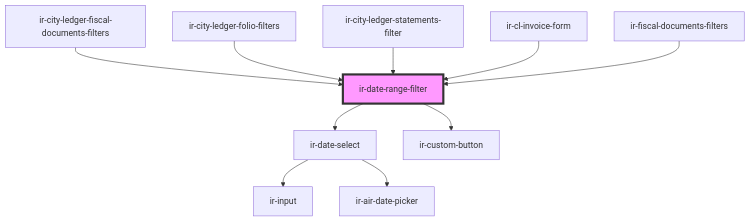
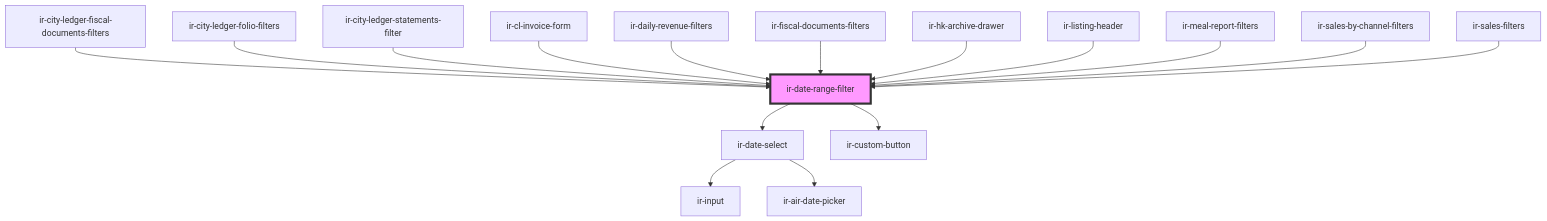
The diagram in src/components/ui/ir-date-range-filter/readme.md (RonyRizk/ir-webcmp), drawn with Mermaid before and after one commit. The commit also changed other lines of this file and 508 other files, not shown here.

````diff
--- a/src/components/ui/ir-date-range-filter/readme.md
+++ b/src/components/ui/ir-date-range-filter/readme.md
@@ -60,13 +91,19 @@
 ```mermaid
 graph TD;
   ir-date-range-filter --> ir-date-select
   ir-date-range-filter --> ir-custom-button
   ir-date-select --> ir-input
   ir-date-select --> ir-air-date-picker
   ir-city-ledger-fiscal-documents-filters --> ir-date-range-filter
   ir-city-ledger-folio-filters --> ir-date-range-filter
   ir-city-ledger-statements-filter --> ir-date-range-filter
   ir-cl-invoice-form --> ir-date-range-filter
+  ir-daily-revenue-filters --> ir-date-range-filter
   ir-fiscal-documents-filters --> ir-date-range-filter
+  ir-hk-archive-drawer --> ir-date-range-filter
+  ir-listing-header --> ir-date-range-filter
+  ir-meal-report-filters --> ir-date-range-filter
+  ir-sales-by-channel-filters --> ir-date-range-filter
+  ir-sales-filters --> ir-date-range-filter
   style ir-date-range-filter fill:#f9f,stroke:#333,stroke-width:4px
 ```
````
